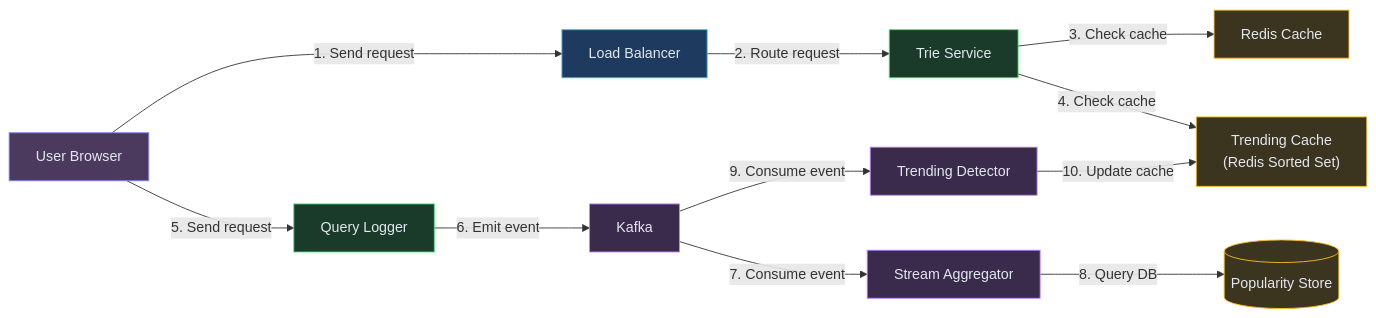
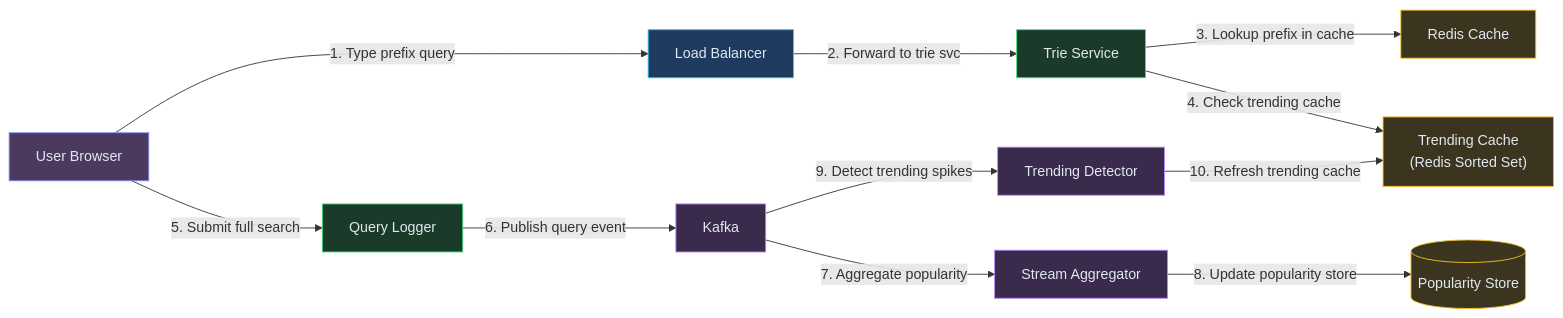
One commit to iluzn/HLD-Designs changed the fourth of 8 diagrams in content/hld/SearchAutocomplete.md. Above: the diagram before and after it, drawn with Mermaid. The commit also changed other lines of this file and 27 other files, not shown here.

````diff
--- a/content/hld/SearchAutocomplete.md
+++ b/content/hld/SearchAutocomplete.md
@@ -252,30 +252,30 @@
 ```mermaid
 flowchart LR
     USER["User Browser"]:::client
     LB["Load Balancer"]:::edge
     TRIE["Trie Service"]:::service
     CACHE["Redis Cache"]:::data
     QLOG["Query Logger"]:::service
     STREAM["Kafka"]:::async
     AGG["Stream Aggregator"]:::async
     POPDB[("Popularity Store")]:::data
     TREND["Trending Detector"]:::async
     HOTCACHE["Trending Cache<br/>(Redis Sorted Set)"]:::data
 
-    USER -->|"1. Send request"| LB
-    LB -->|"2. Route request"| TRIE
-    TRIE -->|"3. Check cache"| CACHE
-    TRIE -->|"4. Check cache"| HOTCACHE
-    USER -->|"5. Send request"| QLOG
-    QLOG -->|"6. Emit event"| STREAM
-    STREAM -->|"7. Consume event"| AGG
-    AGG -->|"8. Query DB"| POPDB
-    STREAM -->|"9. Consume event"| TREND
-    TREND -->|"10. Update cache"| HOTCACHE
+    USER -->|"1. Type prefix query"| LB
+    LB -->|"2. Forward to trie svc"| TRIE
+    TRIE -->|"3. Lookup prefix in cache"| CACHE
+    TRIE -->|"4. Check trending cache"| HOTCACHE
+    USER -->|"5. Submit full search"| QLOG
+    QLOG -->|"6. Publish query event"| STREAM
+    STREAM -->|"7. Aggregate popularity"| AGG
+    AGG -->|"8. Update popularity store"| POPDB
+    STREAM -->|"9. Detect trending spikes"| TREND
+    TREND -->|"10. Refresh trending cache"| HOTCACHE
 
     classDef client fill:#4c3a5e,stroke:#818cf8,color:#e2e8f0
     classDef edge fill:#1e3a5f,stroke:#38bdf8,color:#e2e8f0
     classDef service fill:#1a3a2a,stroke:#4ade80,color:#e2e8f0
     classDef data fill:#3b3520,stroke:#fbbf24,color:#e2e8f0
     classDef async fill:#3a2a4c,stroke:#c084fc,color:#e2e8f0
 ```
````
